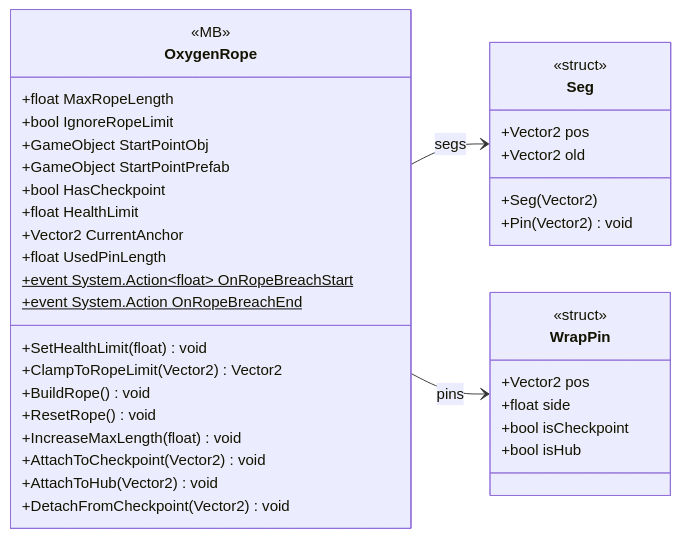
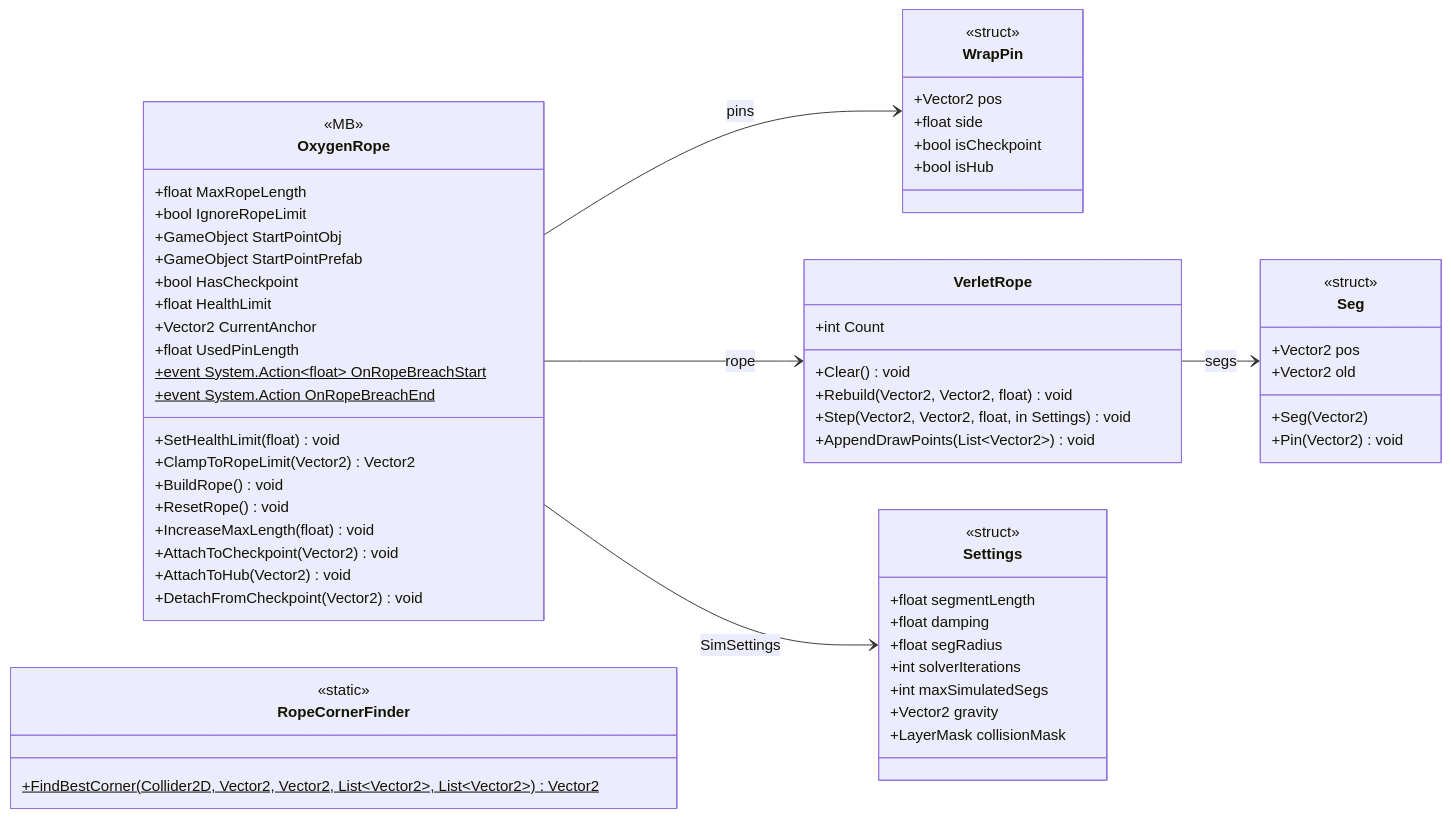
The diagram in docs/uml/modules/Gameplay_Entities_Players_OxygenTube.md (PhumipatWave/project-ocean), drawn with Mermaid before and after one commit. The commit also changed other lines of this file and 82 other files, not shown here.

````diff
--- a/docs/uml/modules/Gameplay_Entities_Players_OxygenTube.md
+++ b/docs/uml/modules/Gameplay_Entities_Players_OxygenTube.md
@@ -7,41 +7,64 @@
 ```mermaid
 classDiagram
   direction LR
   class OxygenRope {
     <<MB>>
     +float MaxRopeLength
     +bool IgnoreRopeLimit
     +GameObject StartPointObj
     +GameObject StartPointPrefab
     +bool HasCheckpoint
     +float HealthLimit
     +Vector2 CurrentAnchor
     +float UsedPinLength
     +event System.Action~float~ OnRopeBreachStart$
     +event System.Action OnRopeBreachEnd$
     +SetHealthLimit(float) void
     +ClampToRopeLimit(Vector2) Vector2
     +BuildRope() void
     +ResetRope() void
     +IncreaseMaxLength(float) void
     +AttachToCheckpoint(Vector2) void
     +AttachToHub(Vector2) void
     +DetachFromCheckpoint(Vector2) void
   }
+  class WrapPin {
+    <<struct>>
+    +Vector2 pos
+    +float side
+    +bool isCheckpoint
+    +bool isHub
+  }
+  class RopeCornerFinder {
+    <<static>>
+    +FindBestCorner(Collider2D, Vector2, Vector2, List~Vector2~, List~Vector2~)$ Vector2
+  }
+  class VerletRope {
+    +int Count
+    +Clear() void
+    +Rebuild(Vector2, Vector2, float) void
+    +Step(Vector2, Vector2, float, in Settings) void
+    +AppendDrawPoints(List~Vector2~) void
+  }
+  class Settings {
+    <<struct>>
+    +float segmentLength
+    +float damping
+    +float segRadius
+    +int solverIterations
+    +int maxSimulatedSegs
+    +Vector2 gravity
+    +LayerMask collisionMask
+  }
   class Seg {
     <<struct>>
     +Vector2 pos
     +Vector2 old
     +Seg(Vector2)
     +Pin(Vector2) void
   }
-  class WrapPin {
-    <<struct>>
-    +Vector2 pos
-    +float side
-    +bool isCheckpoint
-    +bool isHub
-  }
-  OxygenRope --> Seg : segs
+  OxygenRope --> Settings : SimSettings
+  OxygenRope --> VerletRope : rope
   OxygenRope --> WrapPin : pins
+  VerletRope --> Seg : segs
 ```
````
